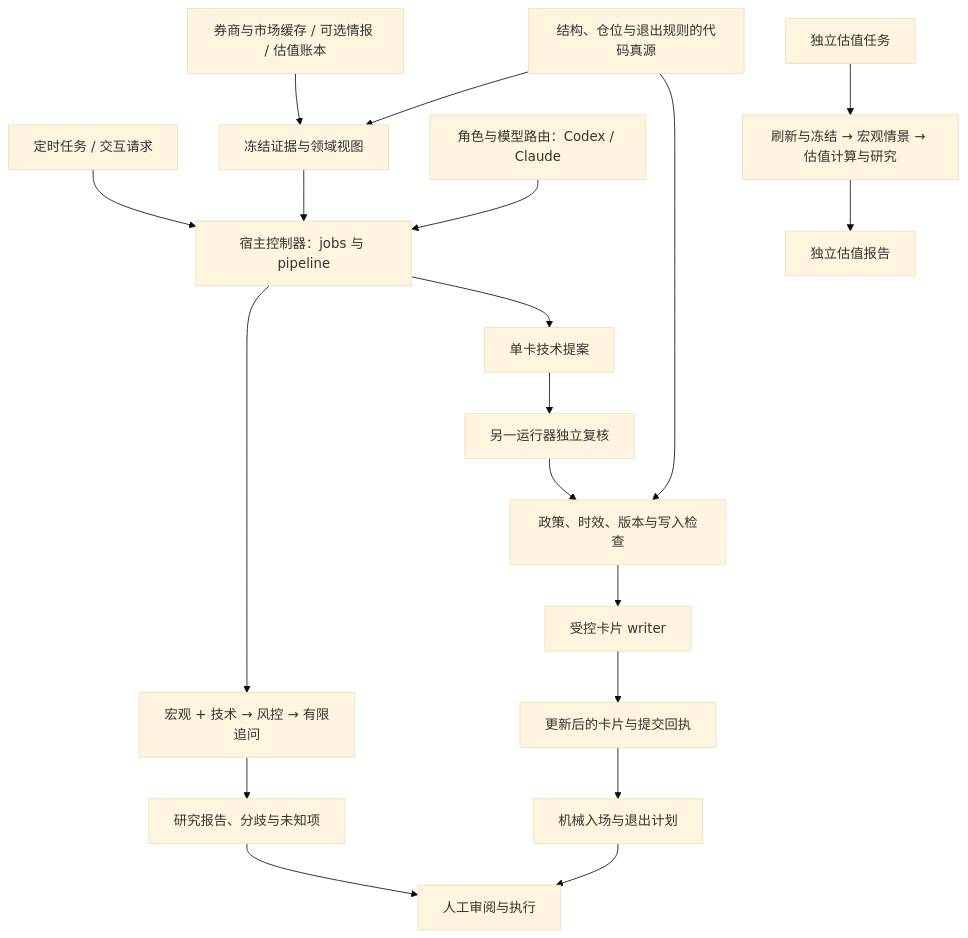
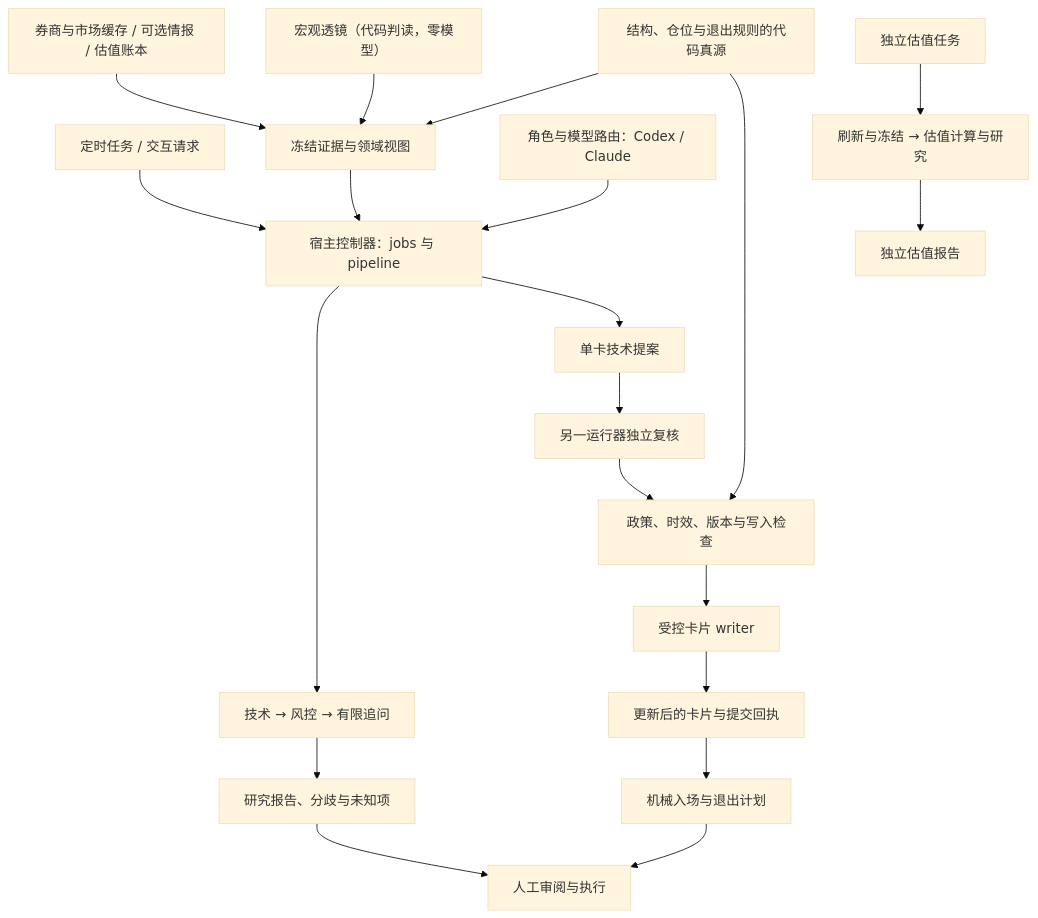
One commit to Coreychen4444/coreytrading changed the diagram in README_CN.md. Above: the diagram before and after it, drawn with Mermaid (base theme). The commit also changed other lines of this file and 149 other files, not shown here.

````diff
--- a/README_CN.md
+++ b/README_CN.md
@@ -15,21 +15,22 @@
 ```mermaid
 flowchart TD
     Trigger["定时任务 / 交互请求"] --> Jobs["宿主控制器：jobs 与 pipeline"]
     Sources["券商与市场缓存 / 可选情报 / 估值账本"] --> Inputs["冻结证据与领域视图"]
     Rules["结构、仓位与退出规则的代码真源"] --> Inputs
     Inputs --> Jobs
     Routes["角色与模型路由：Codex / Claude"] --> Jobs
-    Jobs --> Workflow["宏观 + 技术 → 风控 → 有限追问"]
+    Jobs --> Workflow["技术 → 风控 → 有限追问"]
+    Lens["宏观透镜（代码判读，零模型）"] --> Inputs
     Workflow --> Reports["研究报告、分歧与未知项"]
-    ValTask["独立估值任务"] --> ValFlow["刷新与冻结 → 宏观情景 → 估值计算与研究"]
+    ValTask["独立估值任务"] --> ValFlow["刷新与冻结 → 估值计算与研究"]
     ValFlow --> ValReport["独立估值报告"]
     Jobs --> Card["单卡技术提案"]
     Card --> Review["另一运行器独立复核"]
     Review --> Submit["政策、时效、版本与写入检查"]
     Rules --> Submit
     Submit --> Writer["受控卡片 writer"]
     Writer --> State["更新后的卡片与提交回执"]
     State --> Plan["机械入场与退出计划"]
     Reports --> Human["人工审阅与执行"]
     Plan --> Human
 ```
````
